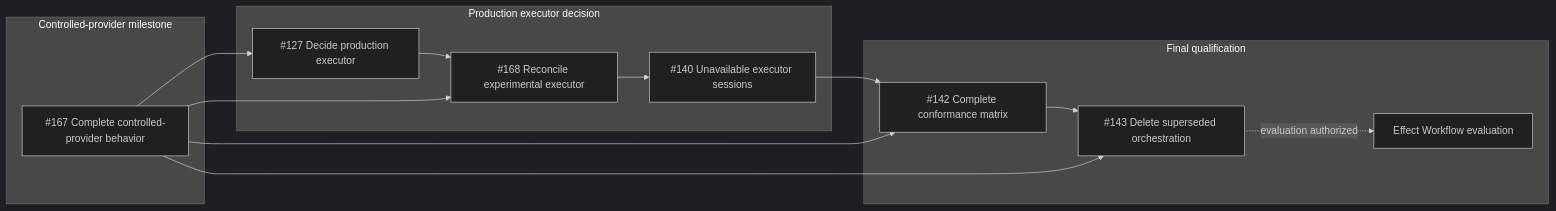
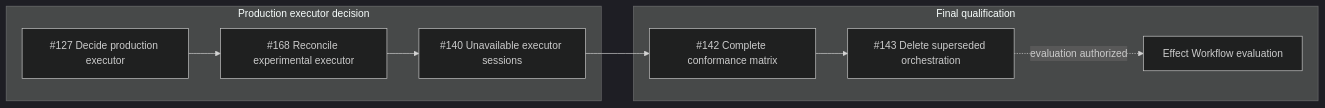
The diagram in research/effect-workflow-prerequisite-subgraph.md (dearlordylord/dalph), drawn with Mermaid (dark theme) before and after one commit. The commit also changed other lines of this file and 13 other files, not shown here.

Commit message:
Finalize controlled provider capstone integration (#167)

````diff
--- a/research/effect-workflow-prerequisite-subgraph.md
+++ b/research/effect-workflow-prerequisite-subgraph.md
@@ -1,29 +1,21 @@
 ```mermaid
 flowchart LR
-  subgraph milestone["Controlled-provider milestone"]
-    i167["#167 Complete controlled-provider behavior"]
-  end
-
   subgraph production["Production executor decision"]
     i127["#127 Decide production executor"]
     i168["#168 Reconcile experimental executor"]
     i140["#140 Unavailable executor sessions"]
   end
 
   subgraph final["Final qualification"]
     i142["#142 Complete conformance matrix"]
     i143["#143 Delete superseded orchestration"]
     effectWorkflow["Effect Workflow evaluation"]
   end
 
-  i167 --> i127
   i127 --> i168
-  i167 --> i168
   i168 --> i140
 
   i140 --> i142
-  i167 --> i142
   i142 --> i143
-  i167 --> i143
   i143 -. evaluation authorized .-> effectWorkflow
 ```
````
